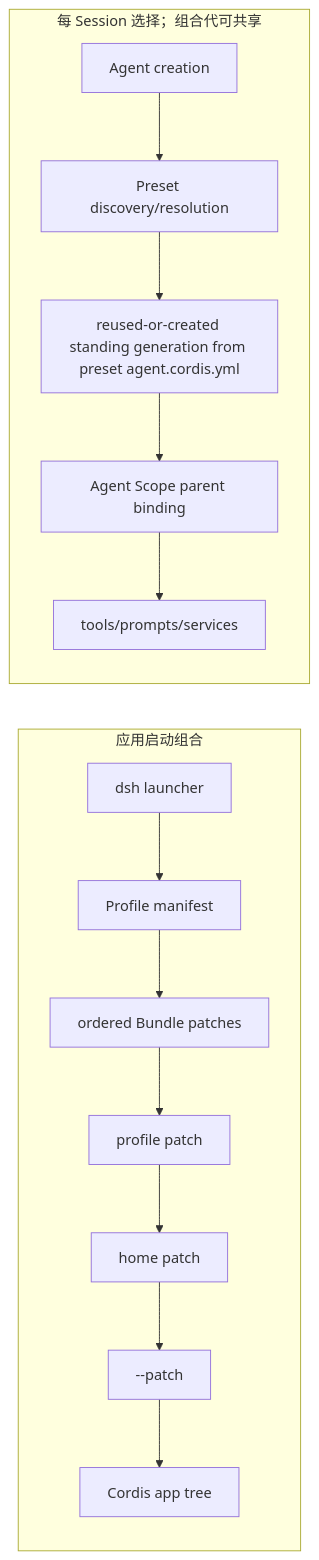
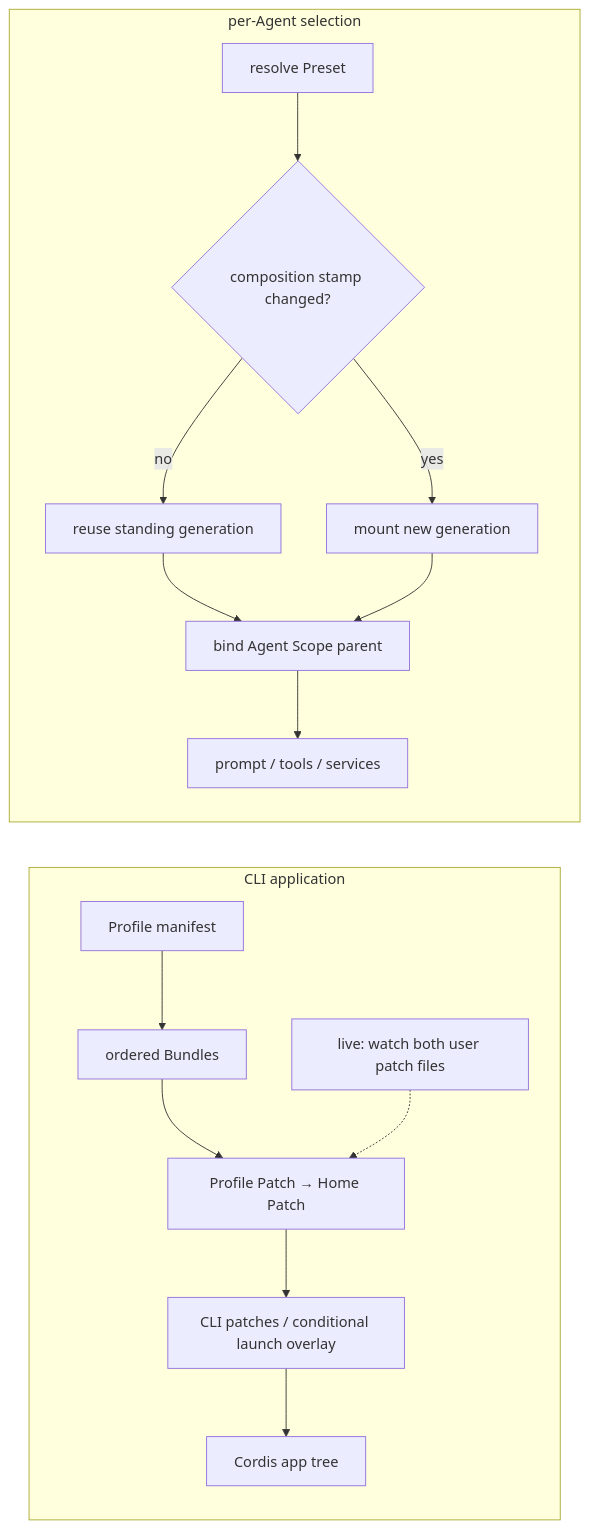
One commit to yang0228/deepseek-harness-analysis changed the diagram in docs/deep-dives/profiles-bundles-presets.md. Above: the diagram before and after it, drawn with Mermaid. The commit also changed other lines of this file and 35 other files, not shown here.

````diff
--- a/docs/deep-dives/profiles-bundles-presets.md
+++ b/docs/deep-dives/profiles-bundles-presets.md
@@ -53,9 +47,15 @@
 ```mermaid
 flowchart LR
-  subgraph Boot["应用启动组合"]
-    Launcher["dsh launcher"] --> Manifest["Profile manifest"] --> Bundles["ordered Bundle patches"] --> ProfilePatch["profile patch"] --> HomePatch["home patch"] --> CliPatch["--patch"] --> AppTree["Cordis app tree"]
+  subgraph App["CLI application"]
+    Manifest["Profile manifest"] --> Bundles["ordered Bundles"] --> User["Profile Patch → Home Patch"] --> CLI["CLI patches / conditional launch overlay"] --> Tree["Cordis app tree"]
+    Watch["live: watch both user patch files"] -.-> User
   end
-  subgraph Session["每 Session 选择；组合代可共享"]
-    Agent["Agent creation"] --> Discover["Preset discovery/resolution"] --> Generation["reused-or-created standing generation from preset agent.cordis.yml"] --> Binding["Agent Scope parent binding"] --> Capabilities["tools/prompts/services"]
+  subgraph Session["per-Agent selection"]
+    Resolve["resolve Preset"] --> Stamp{"composition stamp changed?"}
+    Stamp -->|no| Reuse["reuse standing generation"]
+    Stamp -->|yes| Mount["mount new generation"]
+    Reuse --> Bind["bind Agent Scope parent"]
+    Mount --> Bind
+    Bind --> Capabilities["prompt / tools / services"]
   end
 ```
````
